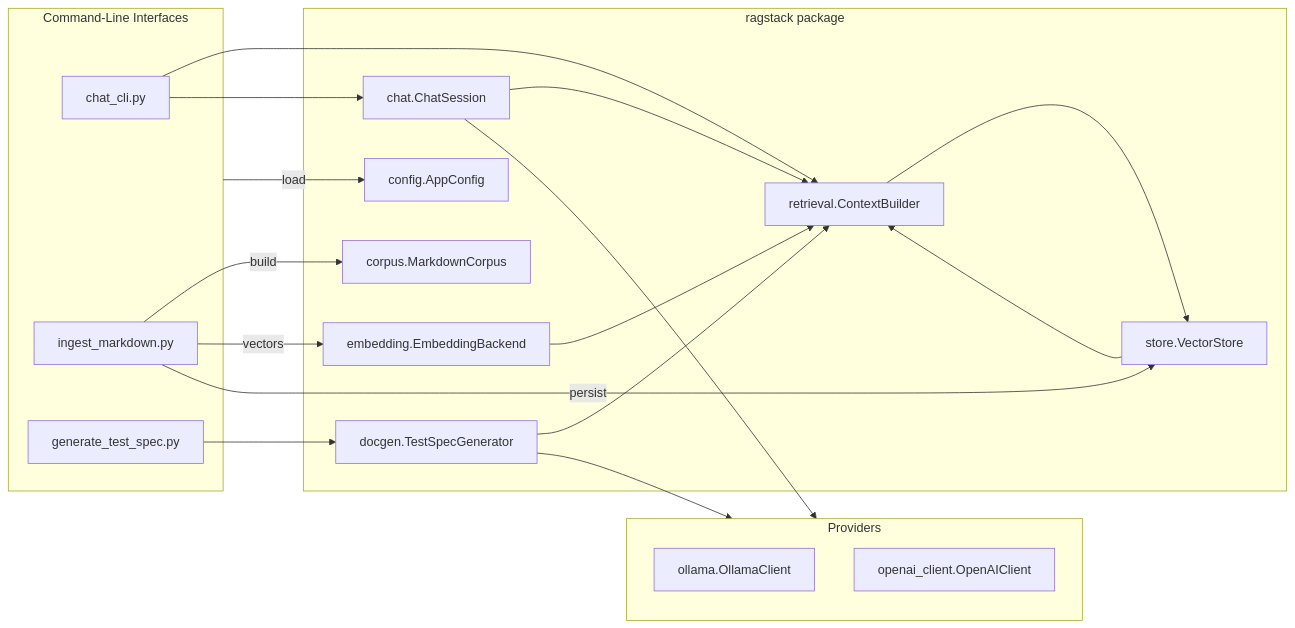
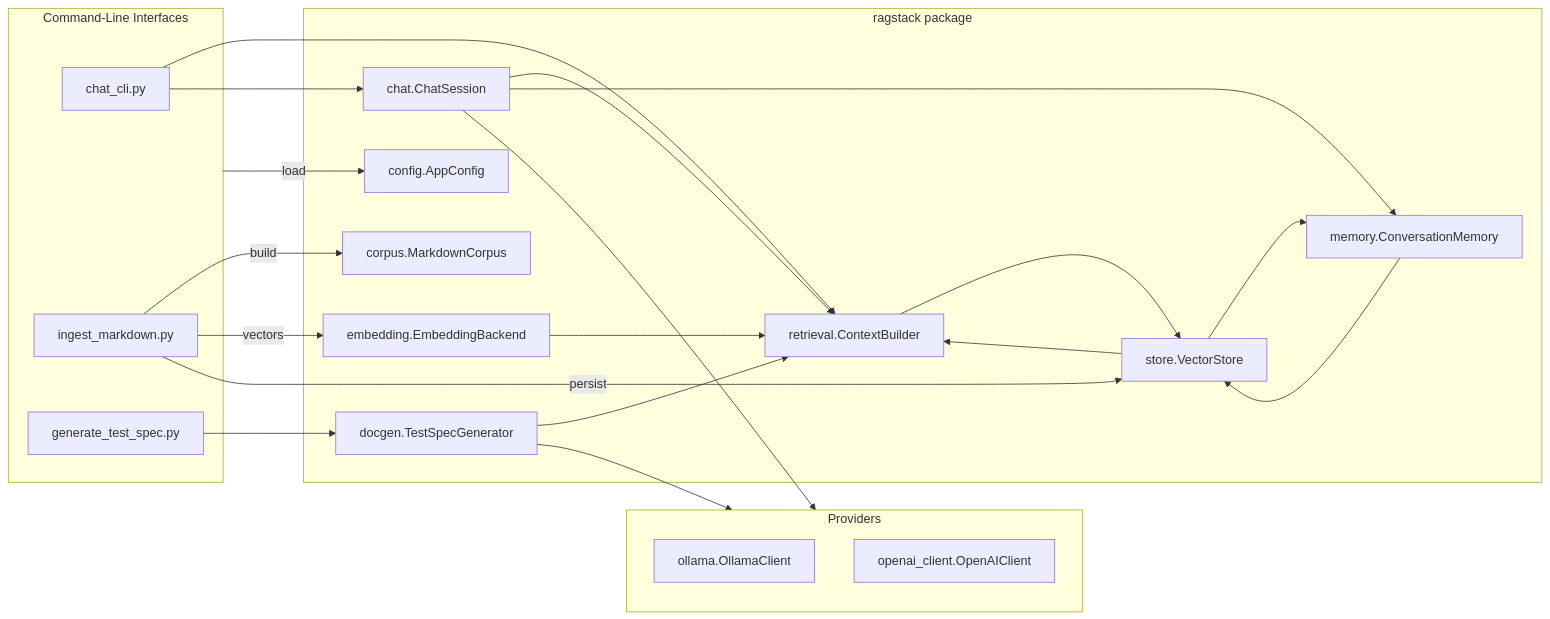
Before and after one commit to CagriCatik/Contextus: the first of 4 diagrams in docs/architecture.md, drawn with Mermaid. The commit also changed other lines of this file and 11 other files, not shown here.

````diff
--- a/docs/architecture.md
+++ b/docs/architecture.md
@@ -9,38 +9,42 @@
 ```mermaid
 flowchart LR
     subgraph CLI[Command-Line Interfaces]
         chatCLI[chat_cli.py]
         ingestCLI[ingest_markdown.py]
         docCLI[generate_test_spec.py]
     end
 
     subgraph Core[ragstack package]
         cfg[config.AppConfig]
         corpus[corpus.MarkdownCorpus]
         embed[embedding.EmbeddingBackend]
         store[store.VectorStore]
         retrieve[retrieval.ContextBuilder]
+        memory[memory.ConversationMemory]
         chat[chat.ChatSession]
         docgen[docgen.TestSpecGenerator]
     end
 
     subgraph Providers
         ollama[ollama.OllamaClient]
         openai[openai_client.OpenAIClient]
     end
 
     CLI -->|load| cfg
     ingestCLI -->|build| corpus
     ingestCLI -->|vectors| embed
     ingestCLI -->|persist| store
     chatCLI --> retrieve
     chatCLI --> chat
     chat --> retrieve
+    chat --> memory
+    memory --> store
+    store --> memory
     chat --> Providers
     docCLI --> docgen
     docgen --> retrieve
     docgen --> Providers
     retrieve --> store
     store --> retrieve
     embed --> retrieve
 ```
````
